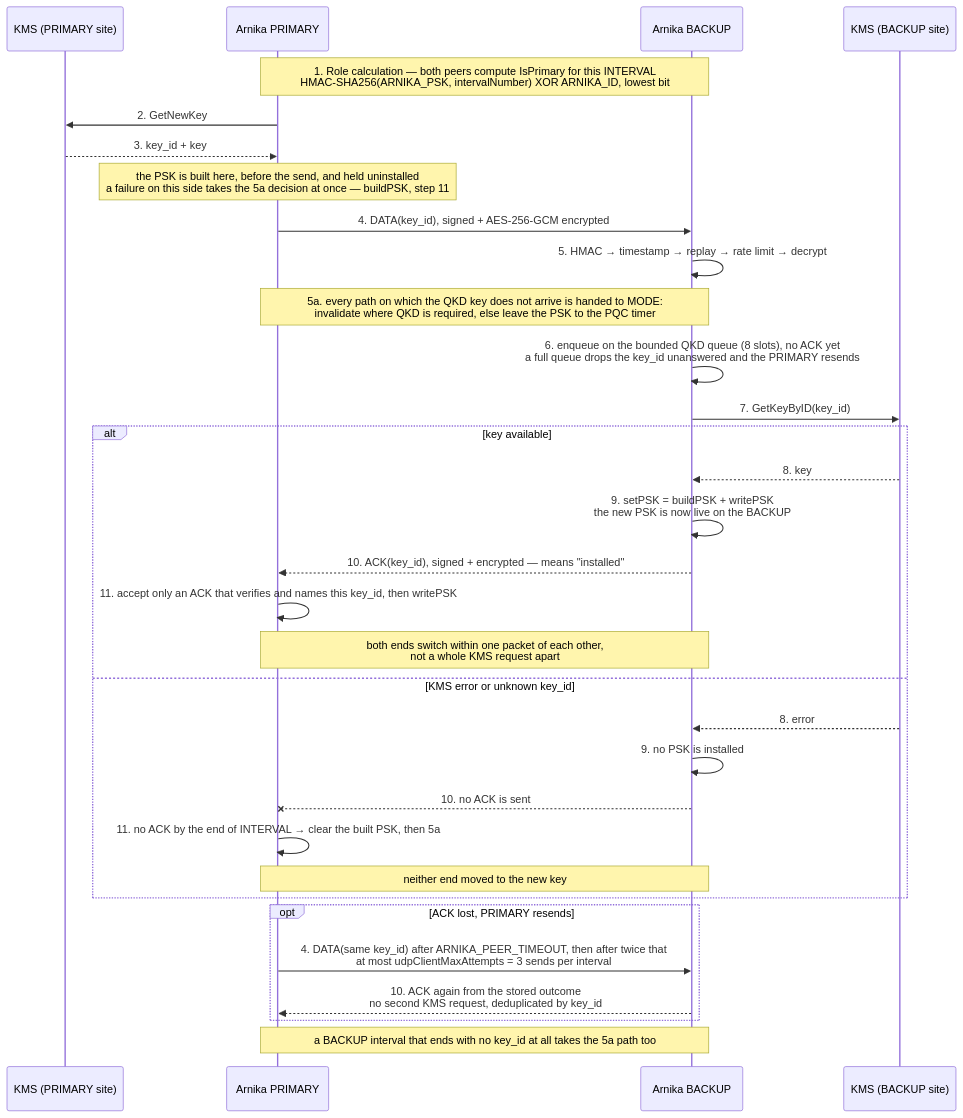
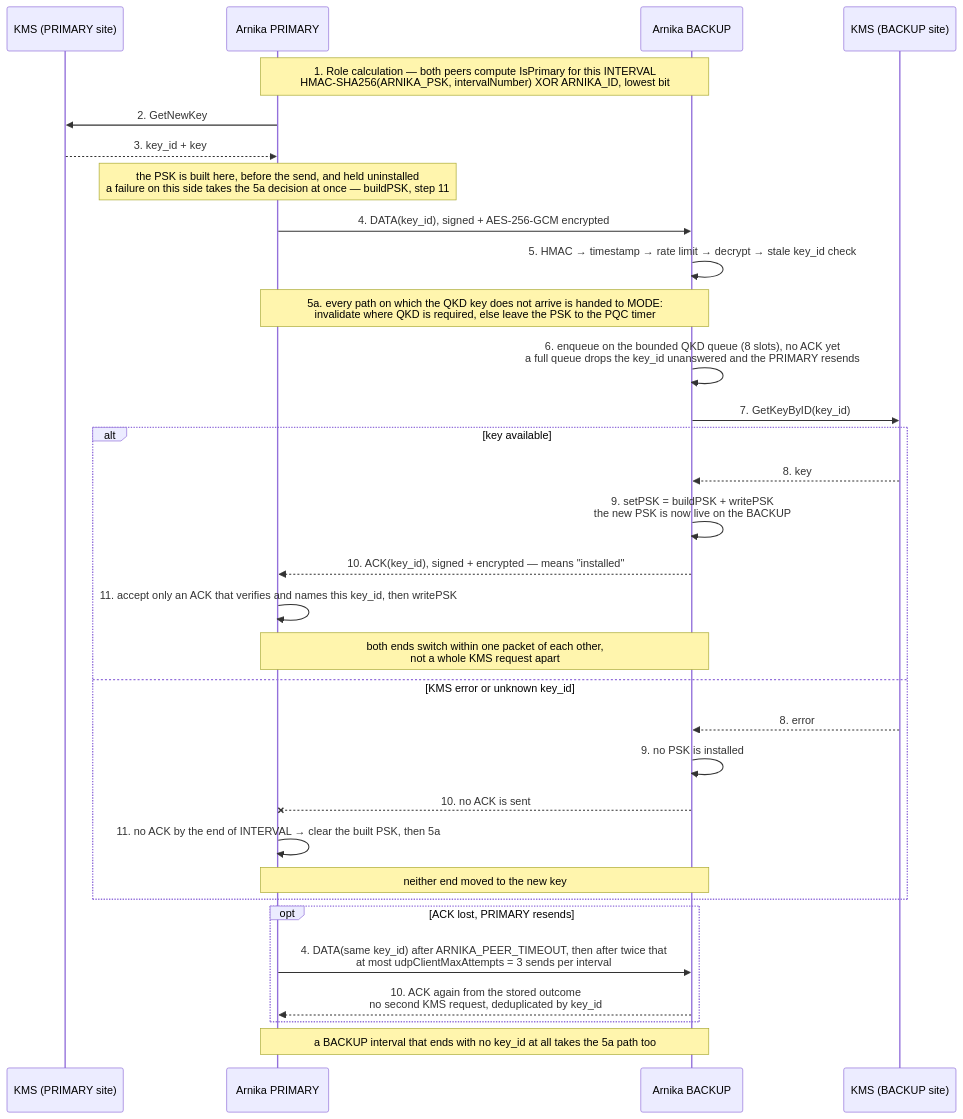
The first of 2 diagrams in CODEFLOW.md (arnika-project/arnika), drawn with Mermaid before and after one commit. The commit also changed other lines of this file and 5 other files, not shown here.

First line of the commit message:
close the ICMP send and key_id replay gaps left by the replay cache (#55)

````diff
--- a/CODEFLOW.md
+++ b/CODEFLOW.md
@@ -16,35 +16,35 @@
 ```mermaid
 sequenceDiagram
     participant KA as KMS (PRIMARY site)
     participant P as Arnika PRIMARY
     participant B as Arnika BACKUP
     participant KB as KMS (BACKUP site)
 
     Note over P,B: 1. Role calculation — both peers compute IsPrimary for this INTERVAL<br/>HMAC-SHA256(ARNIKA_PSK, intervalNumber) XOR ARNIKA_ID, lowest bit
     P->>KA: 2. GetNewKey
     KA-->>P: 3. key_id + key
     Note over P: the PSK is built here, before the send, and held uninstalled<br/>a failure on this side takes the 5a decision at once — buildPSK, step 11
     P->>B: 4. DATA(key_id), signed + AES-256-GCM encrypted
-    B->>B: 5. HMAC → timestamp → replay → rate limit → decrypt
+    B->>B: 5. HMAC → timestamp → rate limit → decrypt → stale key_id check
     Note over P,B: 5a. every path on which the QKD key does not arrive is handed to MODE:<br/>invalidate where QKD is required, else leave the PSK to the PQC timer
     B->>B: 6. enqueue on the bounded QKD queue (8 slots), no ACK yet<br/>a full queue drops the key_id unanswered and the PRIMARY resends
     B->>KB: 7. GetKeyByID(key_id)
     alt key available
         KB-->>B: 8. key
         B->>B: 9. setPSK = buildPSK + writePSK<br/>the new PSK is now live on the BACKUP
         B-->>P: 10. ACK(key_id), signed + encrypted — means "installed"
         P->>P: 11. accept only an ACK that verifies and names this key_id, then writePSK
         Note over P,B: both ends switch within one packet of each other,<br/>not a whole KMS request apart
     else KMS error or unknown key_id
         KB-->>B: 8. error
         B->>B: 9. no PSK is installed
         B--xP: 10. no ACK is sent
         P->>P: 11. no ACK by the end of INTERVAL → clear the built PSK, then 5a
         Note over P,B: neither end moved to the new key
     end
     opt ACK lost, PRIMARY resends
         P->>B: 4. DATA(same key_id) after ARNIKA_PEER_TIMEOUT, then after twice that<br/>at most udpClientMaxAttempts = 3 sends per interval
         B-->>P: 10. ACK again from the stored outcome<br/>no second KMS request, deduplicated by key_id
     end
     Note over P,B: a BACKUP interval that ends with no key_id at all takes the 5a path too
 ```
````
